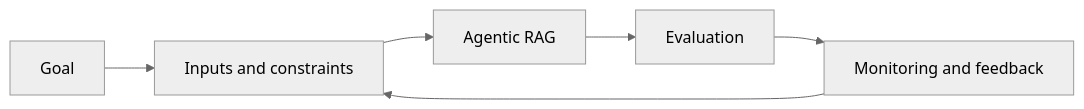
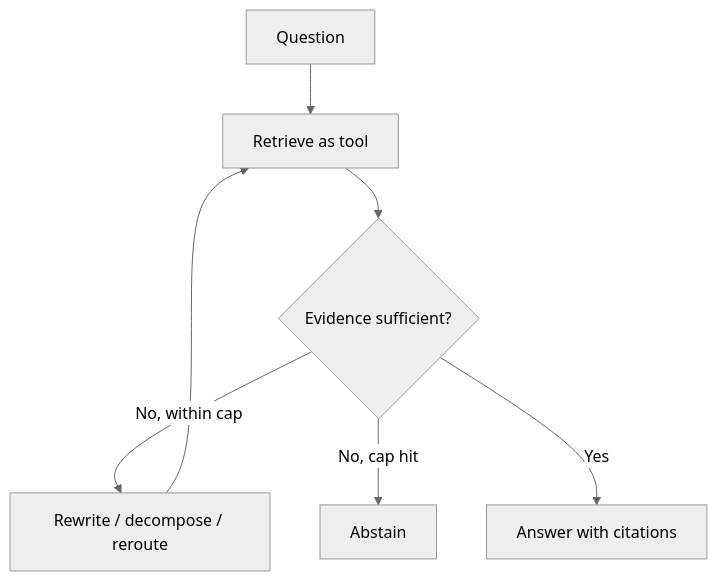
Before and after one commit to Icon1cc/Machine-Learning: the diagram in agents/07-agentic-rag.md, drawn with Mermaid (neutral theme). The commit also changed other lines of this file and 118 other files, not shown here.

````diff
--- a/agents/07-agentic-rag.md
+++ b/agents/07-agentic-rag.md
@@ -93,8 +70,9 @@
 ```mermaid
-flowchart LR
-    A[Goal] --> B[Inputs and constraints]
-    B --> C[Agentic RAG]
-    C --> D[Evaluation]
-    D --> E[Monitoring and feedback]
-    E --> B
+flowchart TD
+    A[Question] --> B[Retrieve as tool]
+    B --> C{Evidence sufficient?}
+    C -- No, within cap --> D[Rewrite / decompose / reroute]
+    D --> B
+    C -- No, cap hit --> E[Abstain]
+    C -- Yes --> F[Answer with citations]
 ```
````
